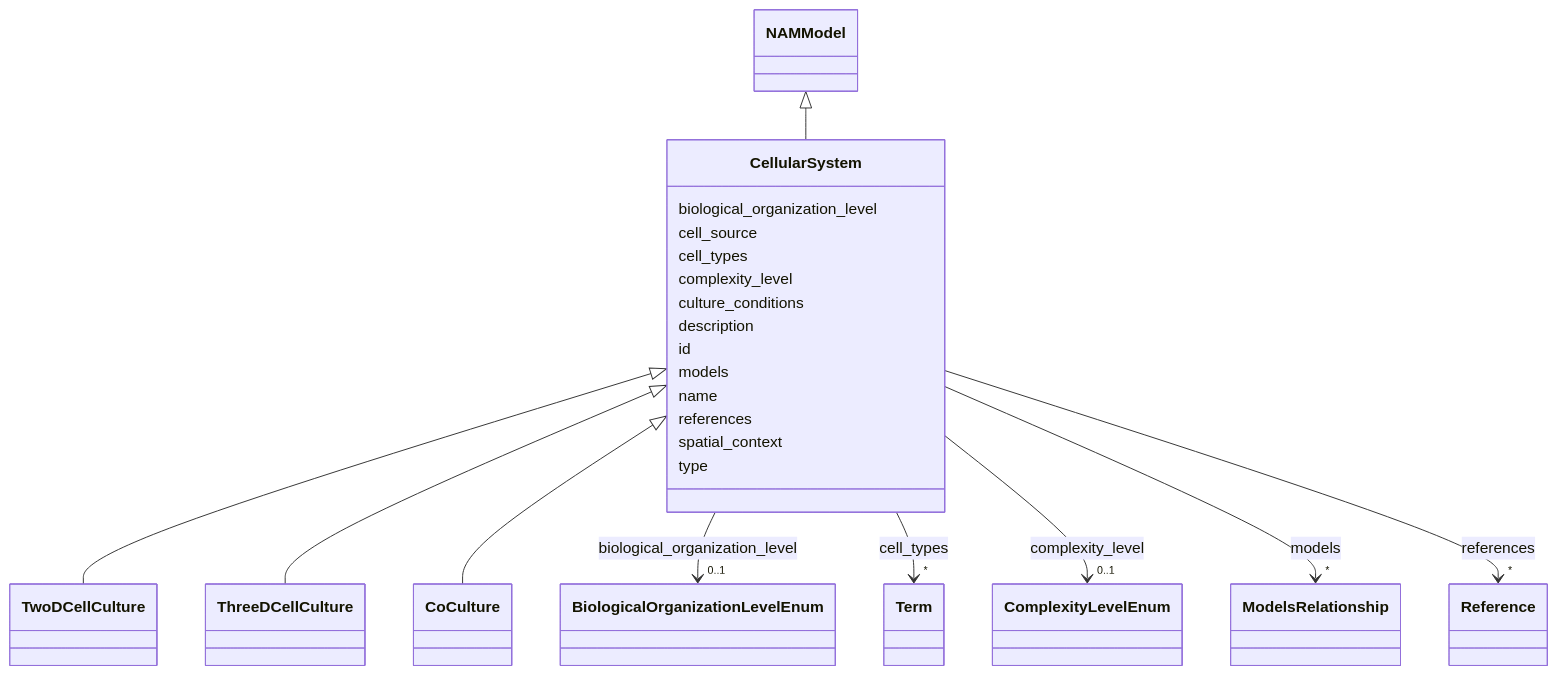
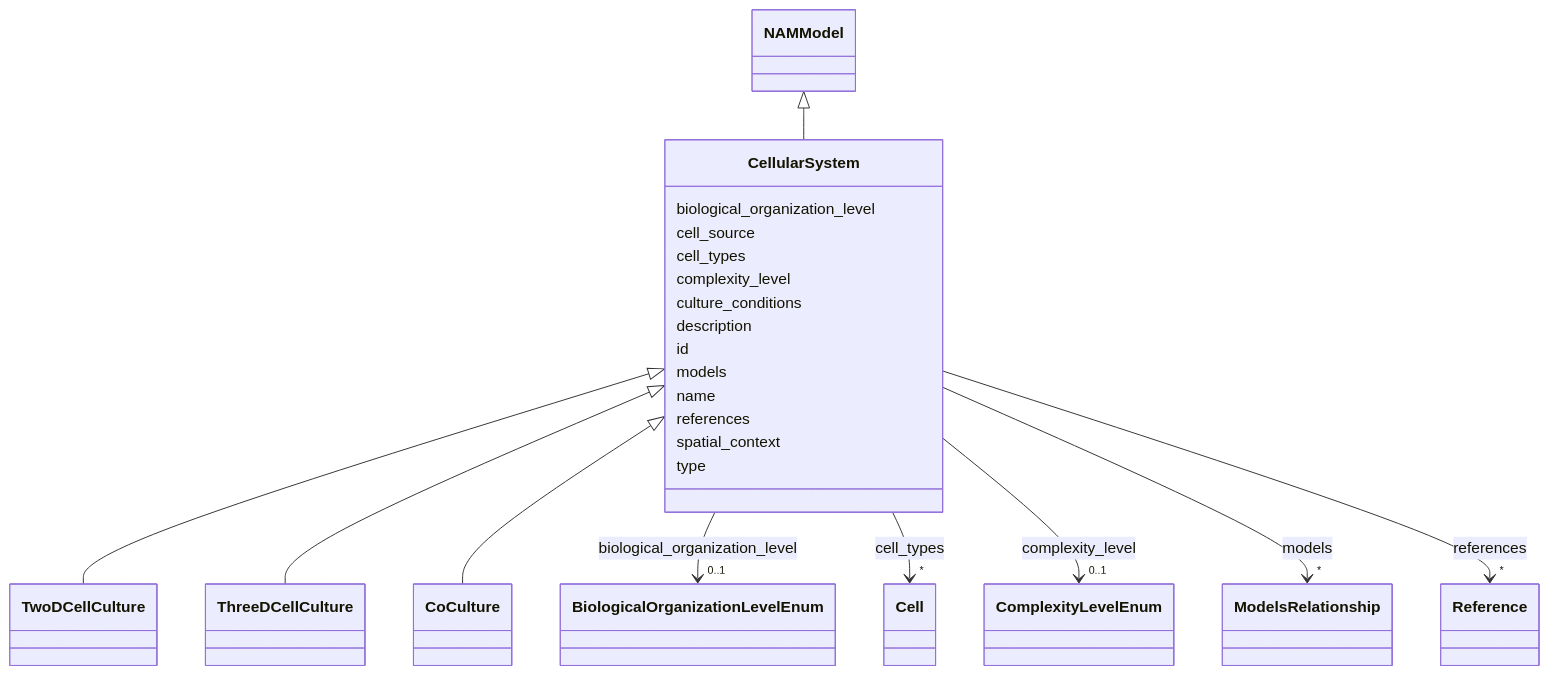
Before and after one commit to monarch-initiative/namo: the diagram in docs/elements/CellularSystem.md, drawn with Mermaid. The commit also changed other lines of this file and 307 other files, not shown here.

```diff
--- a/docs/elements/CellularSystem.md
+++ b/docs/elements/CellularSystem.md
@@ -52,8 +57,8 @@
     
         
         
-        CellularSystem --> "*" Term : cell_types
-        click Term href "../Term/"
+        CellularSystem --> "*" Cell : cell_types
+        click Cell href "../Cell/"
     
 
         
```
